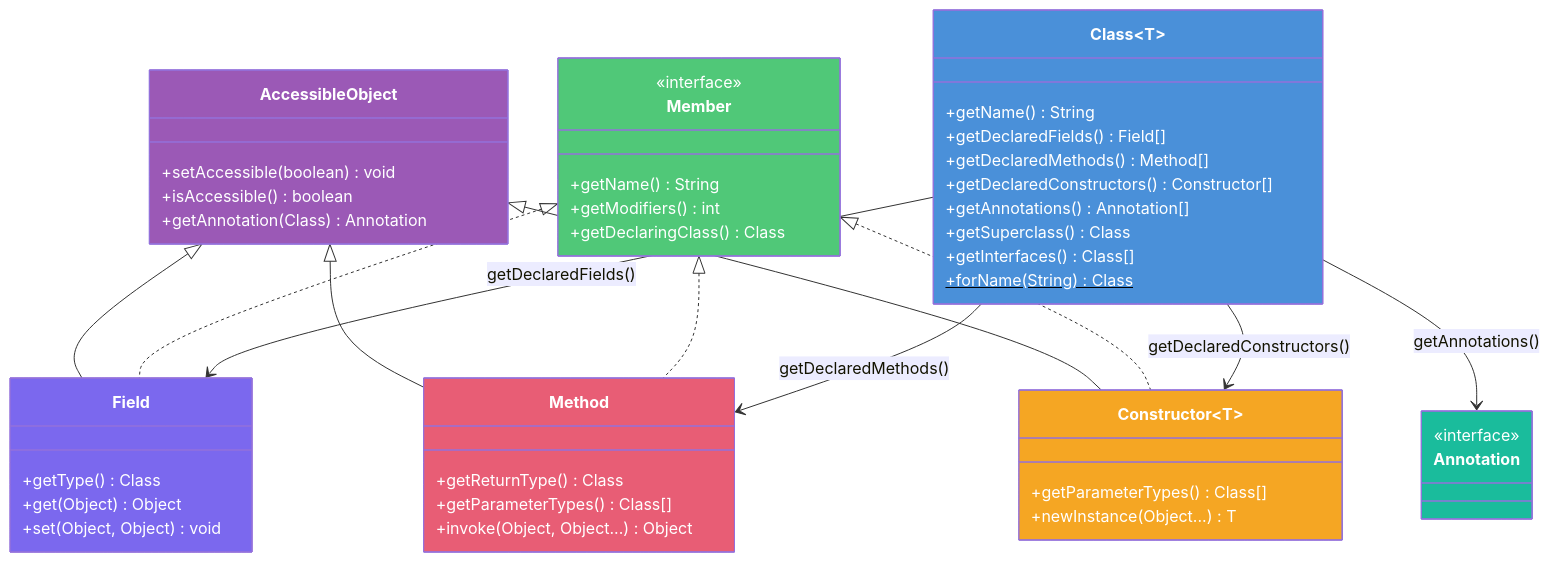
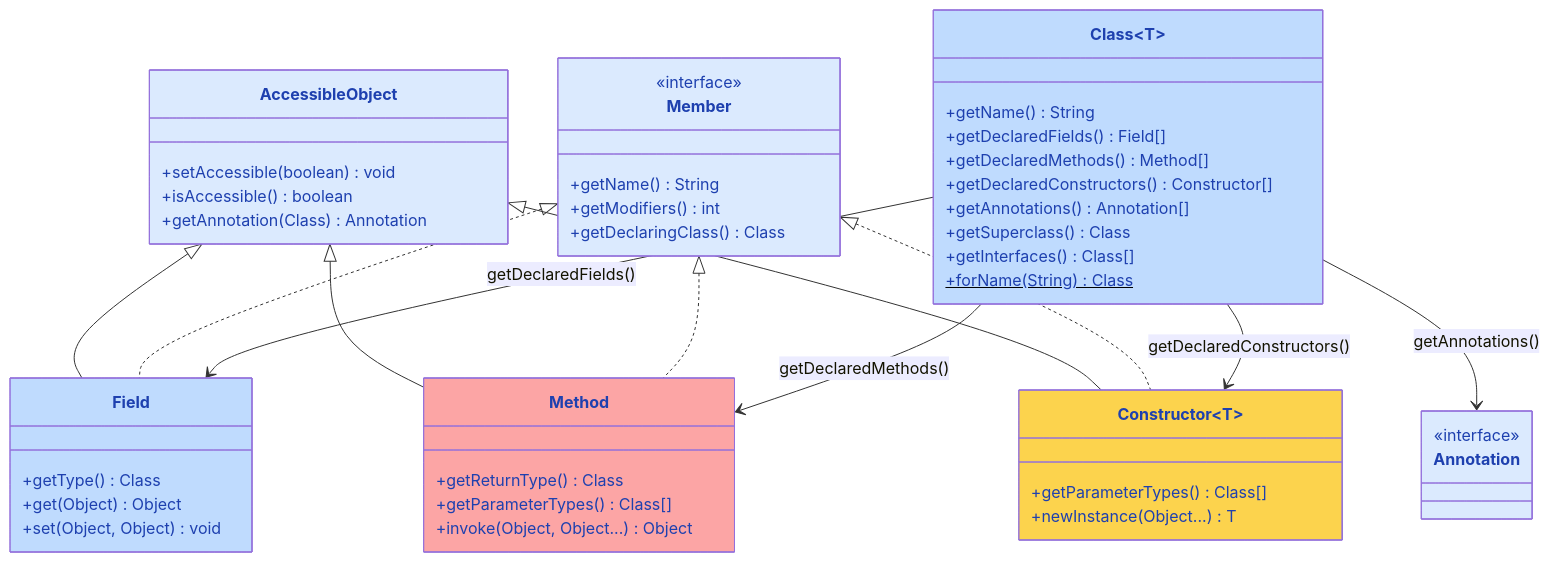
The first of 4 diagrams in docs/java/Reflection.md (saivamsikaruturi/vamsilabs-dev-notes-main), drawn with Mermaid before and after one commit. The commit also changed other lines of this file and 220 other files, not shown here.

First line of the commit message:
Add 50+ new Java/Spring Boot pages, rewrite CSS code blocks to Oracle style, fix all diagram colors

````diff
--- a/docs/java/Reflection.md
+++ b/docs/java/Reflection.md
@@ -9,68 +9,68 @@
 ```mermaid
 classDiagram
     class Class~T~ {
         +getName() String
         +getDeclaredFields() Field[]
         +getDeclaredMethods() Method[]
         +getDeclaredConstructors() Constructor[]
         +getAnnotations() Annotation[]
         +getSuperclass() Class
         +getInterfaces() Class[]
         +forName(String) Class$
     }
 
     class Member {
         <<interface>>
         +getName() String
         +getModifiers() int
         +getDeclaringClass() Class
     }
 
     class AccessibleObject {
         +setAccessible(boolean) void
         +isAccessible() boolean
         +getAnnotation(Class) Annotation
     }
 
     class Field {
         +getType() Class
         +get(Object) Object
         +set(Object, Object) void
     }
 
     class Method {
         +getReturnType() Class
         +getParameterTypes() Class[]
         +invoke(Object, Object...) Object
     }
 
     class Constructor~T~ {
         +getParameterTypes() Class[]
         +newInstance(Object...) T
     }
 
     class Annotation {
         <<interface>>
     }
 
     AccessibleObject <|-- Field
     AccessibleObject <|-- Method
     AccessibleObject <|-- Constructor
 
     Member <|.. Field
     Member <|.. Method
     Member <|.. Constructor
 
     Class --> Field : getDeclaredFields()
     Class --> Method : getDeclaredMethods()
     Class --> Constructor : getDeclaredConstructors()
     Class --> Annotation : getAnnotations()
 
-    style Class fill:#4A90D9,color:#fff
-    style Field fill:#7B68EE,color:#fff
-    style Method fill:#E85D75,color:#fff
-    style Constructor fill:#F5A623,color:#fff
-    style Member fill:#50C878,color:#fff
-    style AccessibleObject fill:#9B59B6,color:#fff
-    style Annotation fill:#1ABC9C,color:#fff
+    style Class fill:#BFDBFE,color:#1E40AF
+    style Field fill:#BFDBFE,color:#1E40AF
+    style Method fill:#FCA5A5,color:#1E40AF
+    style Constructor fill:#FCD34D,color:#1E40AF
+    style Member fill:#DBEAFE,color:#1E40AF
+    style AccessibleObject fill:#DBEAFE,color:#1E40AF
+    style Annotation fill:#DBEAFE,color:#1E40AF
 ```
````
